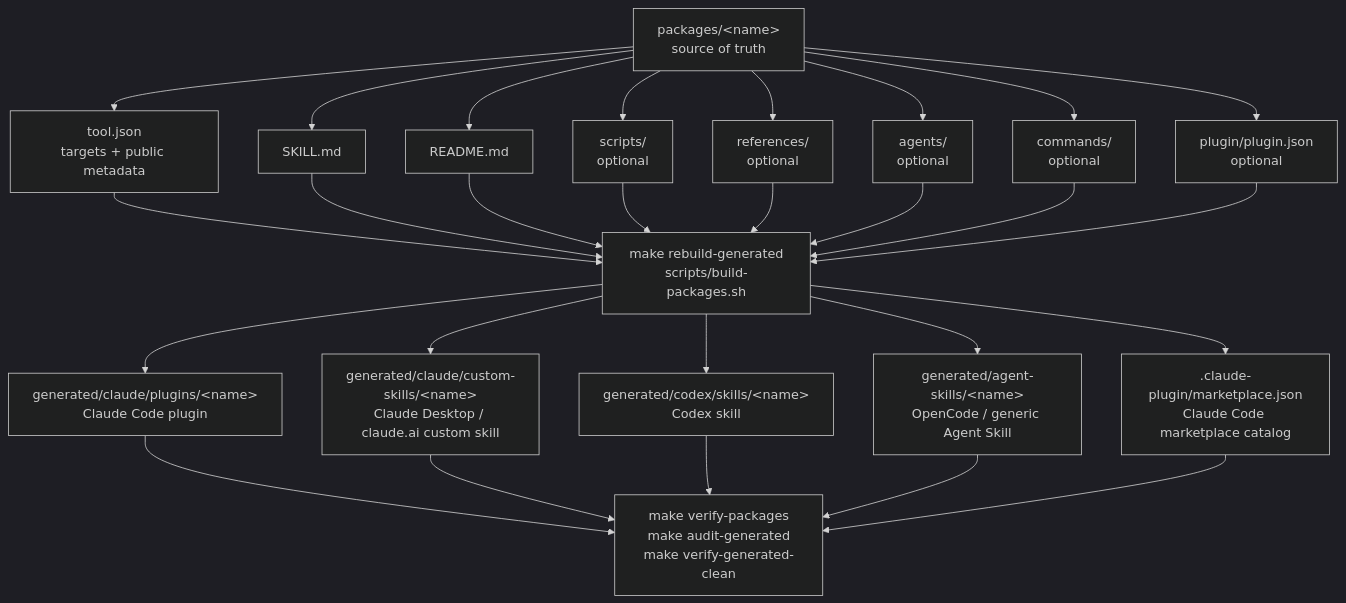
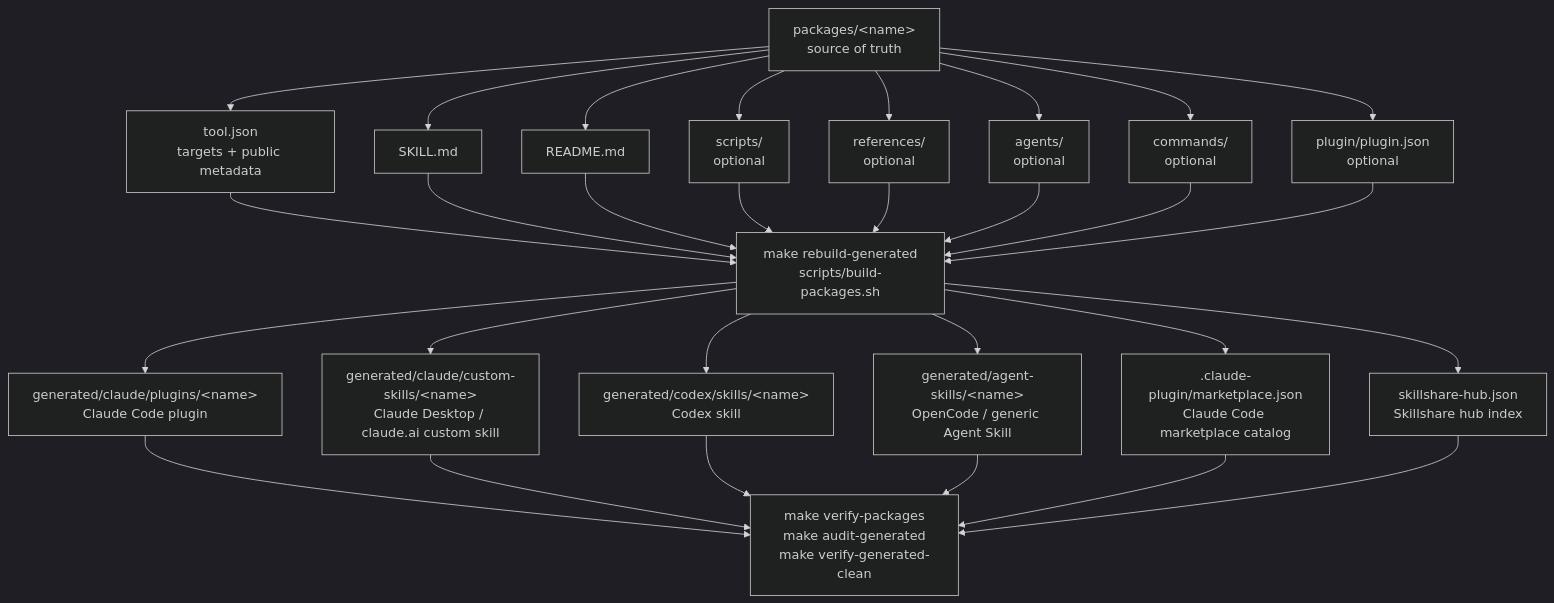
The first of 3 diagrams in docs/distribution-targets.md (heyNag/charms), drawn with Mermaid (dark theme) before and after one commit. The commit also changed other lines of this file and 21 other files, not shown here.

Commit message:
Add Skillshare discovery hub

````diff
--- a/docs/distribution-targets.md
+++ b/docs/distribution-targets.md
@@ -34,32 +34,34 @@
 ```mermaid
 flowchart TD
   P["packages/&lt;name&gt;<br/>source of truth"] --> T["tool.json<br/>targets + public metadata"]
   P --> S["SKILL.md"]
   P --> R["README.md"]
   P --> H["scripts/<br/>optional"]
   P --> F["references/<br/>optional"]
   P --> A["agents/<br/>optional"]
   P --> C["commands/<br/>optional"]
   P --> M["plugin/plugin.json<br/>optional"]
 
   T --> B["make rebuild-generated<br/>scripts/build-packages.sh"]
   S --> B
   R --> B
   H --> B
   F --> B
   A --> B
   C --> B
   M --> B
 
   B --> CC["generated/claude/plugins/&lt;name&gt;<br/>Claude Code plugin"]
   B --> CD["generated/claude/custom-skills/&lt;name&gt;<br/>Claude Desktop / claude.ai custom skill"]
   B --> CX["generated/codex/skills/&lt;name&gt;<br/>Codex skill"]
   B --> AG["generated/agent-skills/&lt;name&gt;<br/>OpenCode / generic Agent Skill"]
   B --> MP[".claude-plugin/marketplace.json<br/>Claude Code marketplace catalog"]
+  B --> SH["skillshare-hub.json<br/>Skillshare hub index"]
 
   CC --> V["make verify-packages<br/>make audit-generated<br/>make verify-generated-clean"]
   CD --> V
   CX --> V
   AG --> V
   MP --> V
+  SH --> V
 ```
````
